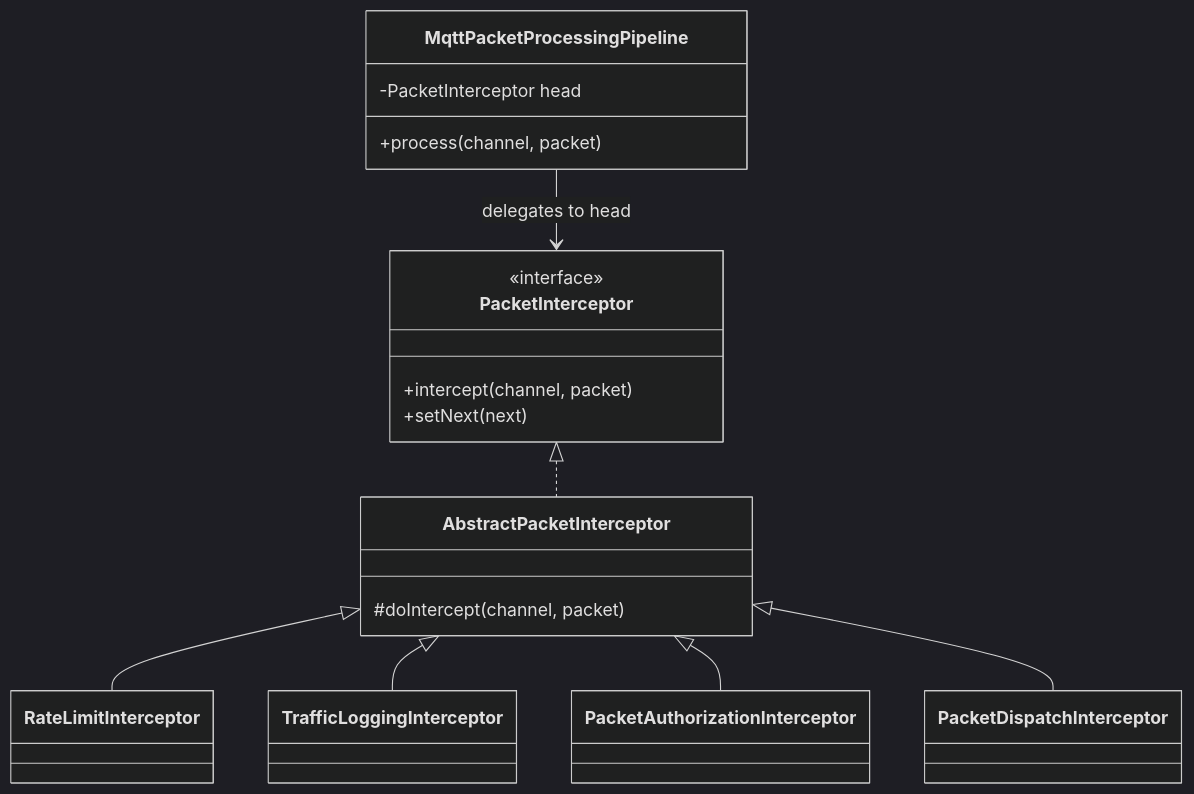
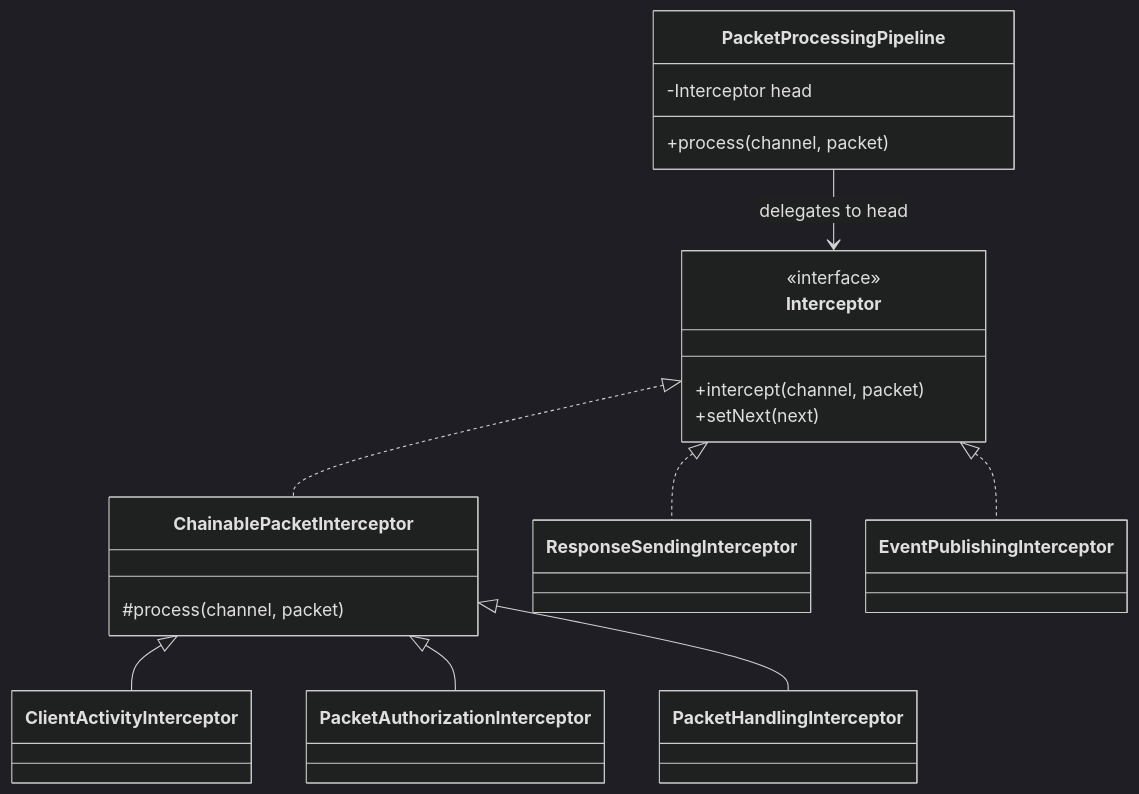
The sixth of 9 diagrams in README.md (karolbystrek/mqtt-broker), drawn with Mermaid (dark theme) before and after one commit. The commit also changed other lines of this file, not shown here.

````diff
--- a/README.md
+++ b/README.md
@@ -227,23 +229,25 @@
 ```mermaid
 classDiagram
-    class PacketInterceptor {
+    class Interceptor {
         <<interface>>
         +intercept(channel, packet)
         +setNext(next)
     }
-    class AbstractPacketInterceptor {
-        #doIntercept(channel, packet)
+    class ChainablePacketInterceptor {
+        #process(channel, packet)
     }
-    class MqttPacketProcessingPipeline {
-        -PacketInterceptor head
+    class PacketProcessingPipeline {
+        -Interceptor head
         +process(channel, packet)
     }
     
-    PacketInterceptor <|.. AbstractPacketInterceptor
-    AbstractPacketInterceptor <|-- RateLimitInterceptor
-    AbstractPacketInterceptor <|-- TrafficLoggingInterceptor
-    AbstractPacketInterceptor <|-- PacketAuthorizationInterceptor
-    AbstractPacketInterceptor <|-- PacketDispatchInterceptor
+    Interceptor <|.. ChainablePacketInterceptor
+    Interceptor <|.. ResponseSendingInterceptor
+    Interceptor <|.. EventPublishingInterceptor
     
-    MqttPacketProcessingPipeline --> PacketInterceptor : delegates to head
+    ChainablePacketInterceptor <|-- ClientActivityInterceptor
+    ChainablePacketInterceptor <|-- PacketAuthorizationInterceptor
+    ChainablePacketInterceptor <|-- PacketHandlingInterceptor
+    
+    PacketProcessingPipeline --> Interceptor : delegates to head
 ```
````
